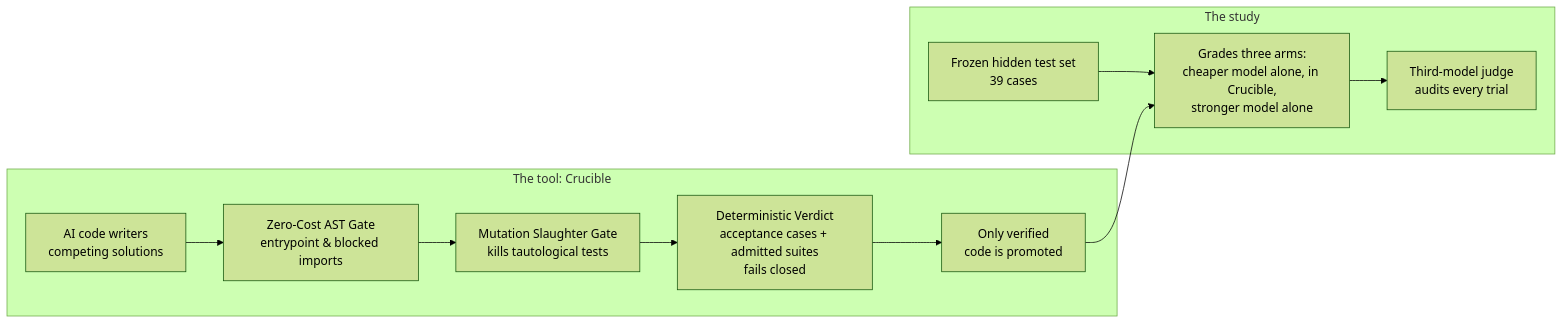
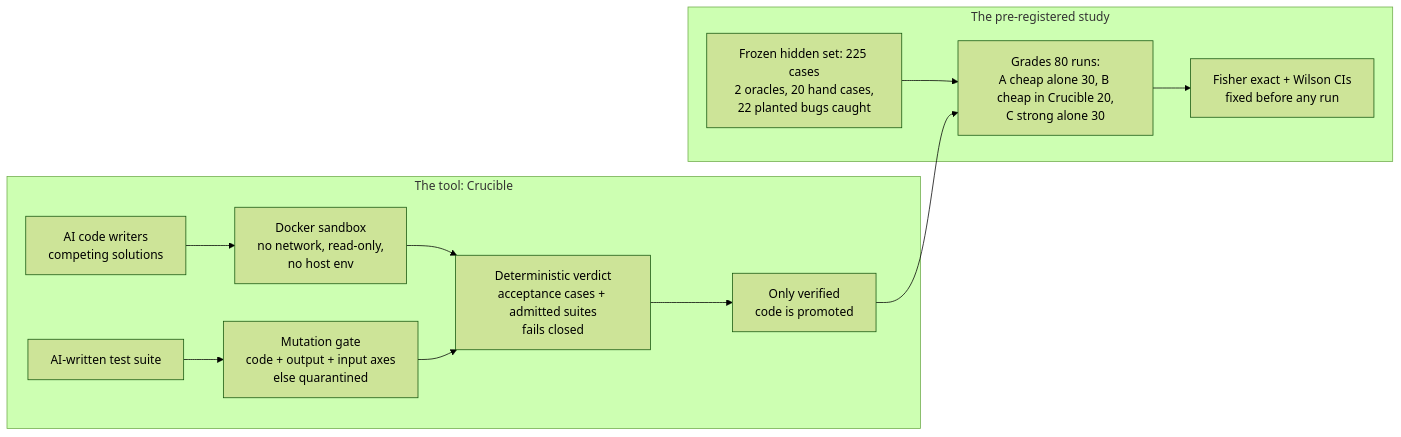
The diagram in README.md (WrdCstlg/crucible-Sept), drawn with Mermaid (forest theme) before and after one commit. The commit also changed other lines of this file and 52 other files, not shown here.

First line of the commit message:
Pre-registered study, Docker sandbox, three-axis mutation gate

````diff
--- a/README.md
+++ b/README.md
@@ -36,14 +65,15 @@
 ```mermaid
 flowchart LR
     subgraph TOOL["The tool: Crucible"]
-        W["AI code writers<br/>competing solutions"] --> AST["Zero-Cost AST Gate<br/>entrypoint & blocked imports"]
-        AST --> M["Mutation Slaughter Gate<br/>kills tautological tests"]
-        M --> V["Deterministic Verdict<br/>acceptance cases + admitted suites<br/>fails closed"]
+        W["AI code writers<br/>competing solutions"] --> SB["Docker sandbox<br/>no network, read-only,<br/>no host env"]
+        T["AI-written test suite"] --> M["Mutation gate<br/>code + output + input axes<br/>else quarantined"]
+        SB --> V["Deterministic verdict<br/>acceptance cases + admitted suites<br/>fails closed"]
+        M --> V
         V --> PR["Only verified<br/>code is promoted"]
     end
-    subgraph STUDY["The study"]
-        H["Frozen hidden test set<br/>39 cases"] --> G["Grades three arms:<br/>cheaper model alone, in Crucible,<br/>stronger model alone"]
-        G --> J["Third-model judge<br/>audits every trial"]
+    subgraph STUDY["The pre-registered study"]
+        H["Frozen hidden set: 225 cases<br/>2 oracles, 20 hand cases,<br/>22 planted bugs caught"] --> G["Grades 80 runs:<br/>A cheap alone 30, B cheap in Crucible 20,<br/>C strong alone 30"]
+        G --> S["Fisher exact + Wilson CIs<br/>fixed before any run"]
     end
     PR --> G
 ```
````
